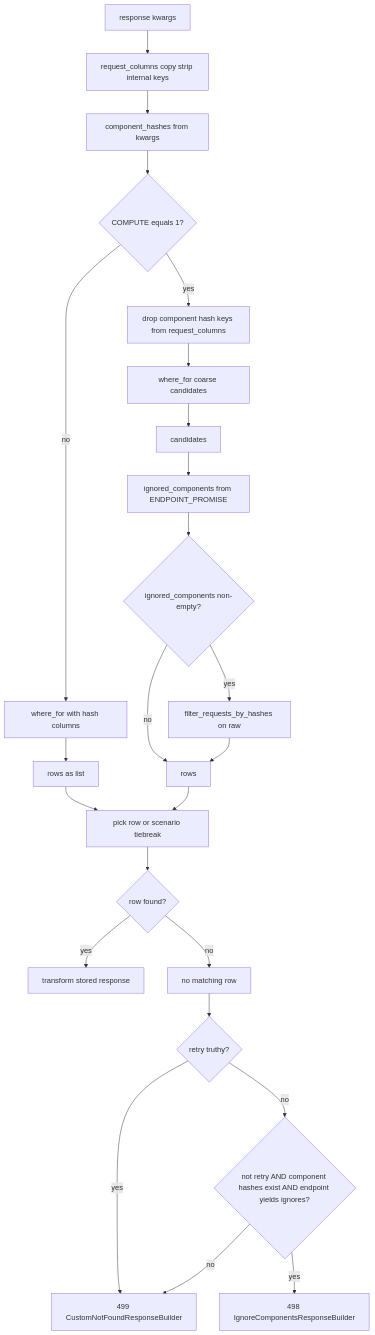
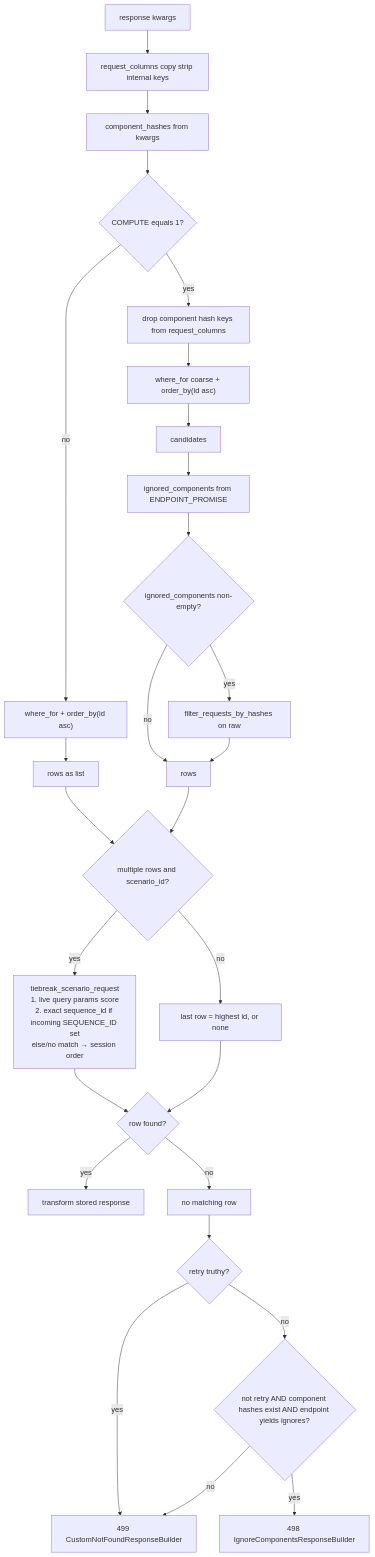
Before and after one commit to Stoobly/stoobly-agent: the second of 3 diagrams in docs/mock-request-matching.md, drawn with Mermaid. The commit also changed other lines of this file and 20 other files, not shown here.

First line of the commit message:
778 tiebreak request matching by heuristic (#779)

````diff
--- a/docs/mock-request-matching.md
+++ b/docs/mock-request-matching.md
@@ -92,28 +124,33 @@
 ```mermaid
 flowchart TB
   Start[response kwargs]
   Col[request_columns copy strip internal keys]
   Snap[component_hashes from kwargs]
   Comp{COMPUTE equals 1?}
   Start --> Col --> Snap --> Comp
-  Comp -->|no| ORM1[where_for with hash columns]
+  Comp -->|no| ORM1["where_for + order_by(id asc)"]
   ORM1 --> Rows1[rows as list]
   Comp -->|yes| Strip[drop component hash keys from request_columns]
-  Strip --> ORM2[where_for coarse candidates]
+  Strip --> ORM2["where_for coarse + order_by(id asc)"]
   ORM2 --> Rows2[candidates]
   Rows2 --> IG[ignored_components from ENDPOINT_PROMISE]
   IG --> CF{ignored_components non-empty?}
   CF -->|yes| Filt[filter_requests_by_hashes on raw]
   CF -->|no| Rows3[rows]
   Filt --> Rows3[rows]
-  Rows1 --> Pick[pick row or scenario tiebreak]
-  Rows3 --> Pick
-  Pick --> Got{row found?}
+  Rows1 --> Multi
+  Rows3 --> Multi
+  Multi{multiple rows and scenario_id?}
+  Multi -->|yes| TB["tiebreak_scenario_request<br/>1. live query params score<br/>2. exact sequence_id if incoming SEQUENCE_ID set<br/>else/no match → session order"]
+  Multi -->|no| Last[last row = highest id, or none]
+  TB --> Got
+  Last --> Got
+  Got{row found?}
   Got -->|yes| OK[transform stored response]
   Got -->|no| NFD[no matching row]
   NFD --> RY{retry truthy?}
   RY -->|yes| R499[499 CustomNotFoundResponseBuilder]
   RY -->|no| EP2{not retry AND component hashes exist AND endpoint yields ignores?}
   EP2 -->|yes| R498[498 IgnoreComponentsResponseBuilder]
   EP2 -->|no| R499
 ```
````
